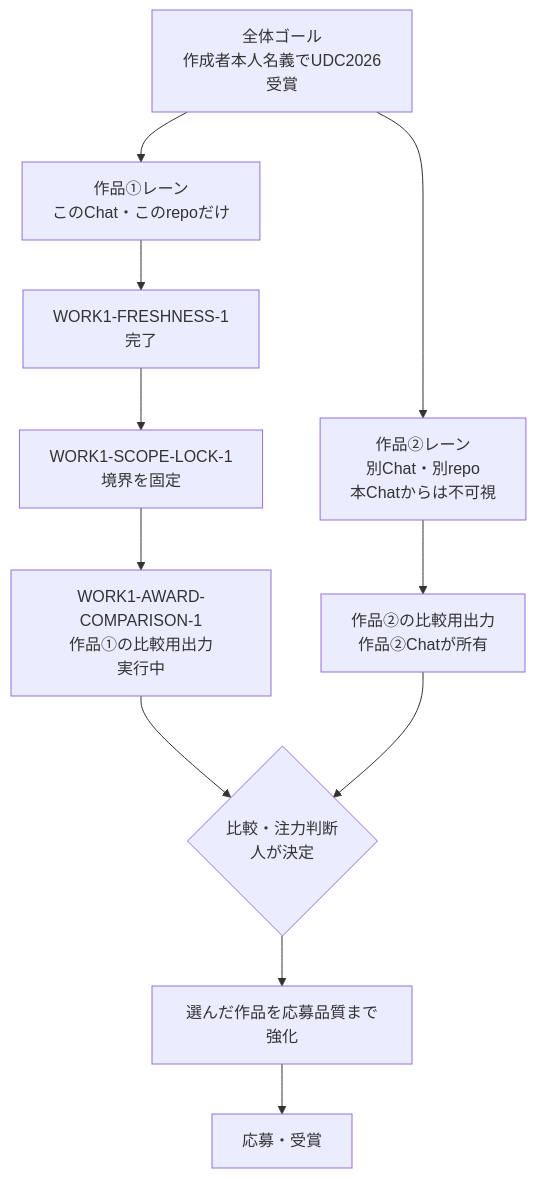
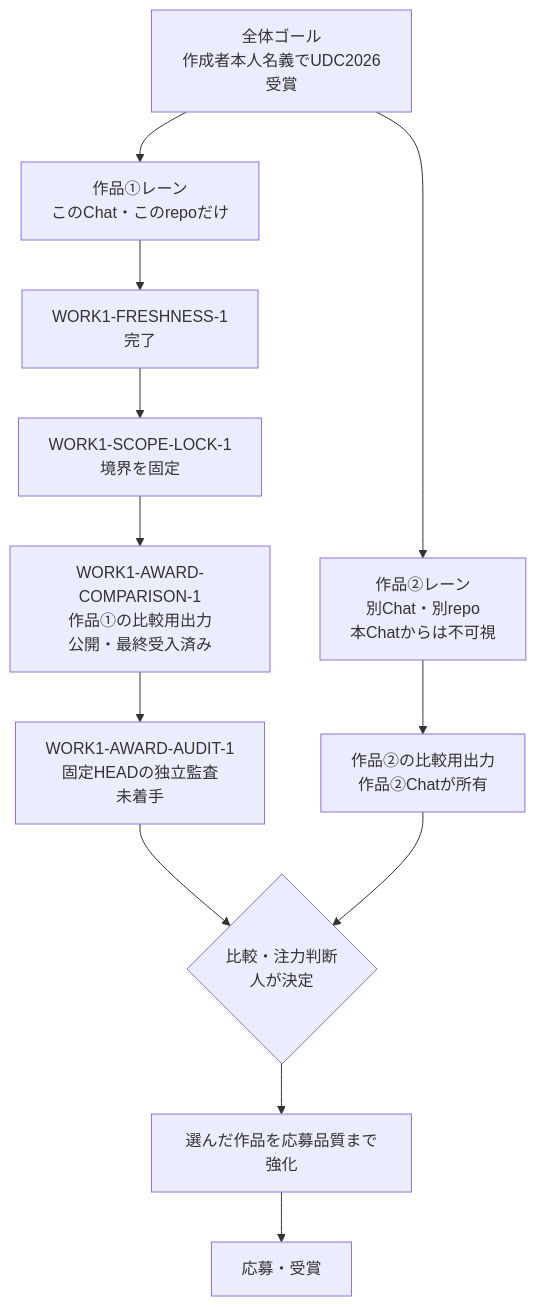
One commit to yyy-yuichi/yamaguchi-yusho-data changed the diagram in WORK_SCOPE.md. Above: the diagram before and after it, drawn with Mermaid. The commit also changed other lines of this file and 5 other files, not shown here.

Commit message:
Record Work 1 award comparison acceptance

````diff
--- a/WORK_SCOPE.md
+++ b/WORK_SCOPE.md
@@ -20,19 +20,20 @@
 ```mermaid
 flowchart TD
     G["全体ゴール<br/>作成者本人名義でUDC2026受賞"]
     W1["作品①レーン<br/>このChat・このrepoだけ"]
     W2["作品②レーン<br/>別Chat・別repo<br/>本Chatからは不可視"]
     F["WORK1-FRESHNESS-1<br/>完了"]
     L["WORK1-SCOPE-LOCK-1<br/>境界を固定"]
-    C1["WORK1-AWARD-COMPARISON-1<br/>作品①の比較用出力<br/>実行中"]
+    C1["WORK1-AWARD-COMPARISON-1<br/>作品①の比較用出力<br/>公開・最終受入済み"]
+    A1["WORK1-AWARD-AUDIT-1<br/>固定HEADの独立監査<br/>未着手"]
     C2["作品②の比較用出力<br/>作品②Chatが所有"]
     D{"比較・注力判断<br/>人が決定"}
     S["選んだ作品を応募品質まで強化"]
     A["応募・受賞"]
 
     G --> W1
     G --> W2
-    W1 --> F --> L --> C1 --> D
+    W1 --> F --> L --> C1 --> A1 --> D
     W2 --> C2 --> D
     D --> S --> A
 ```
````
